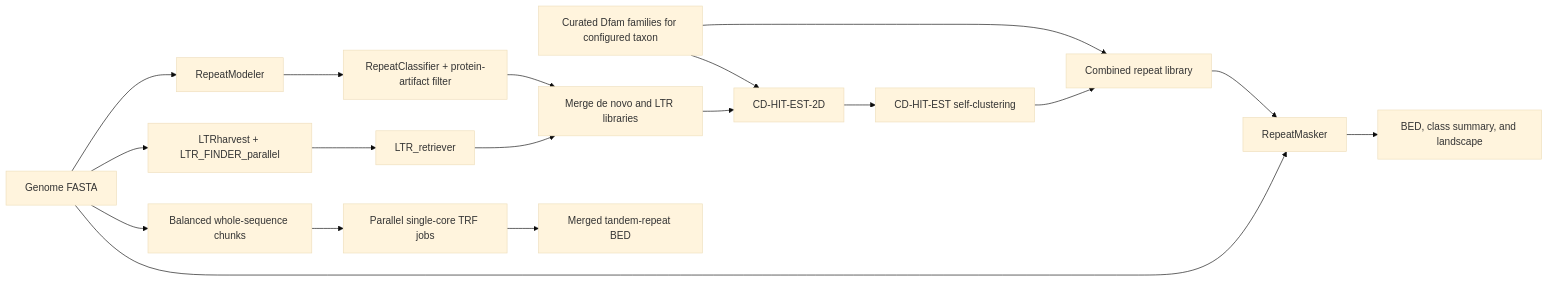
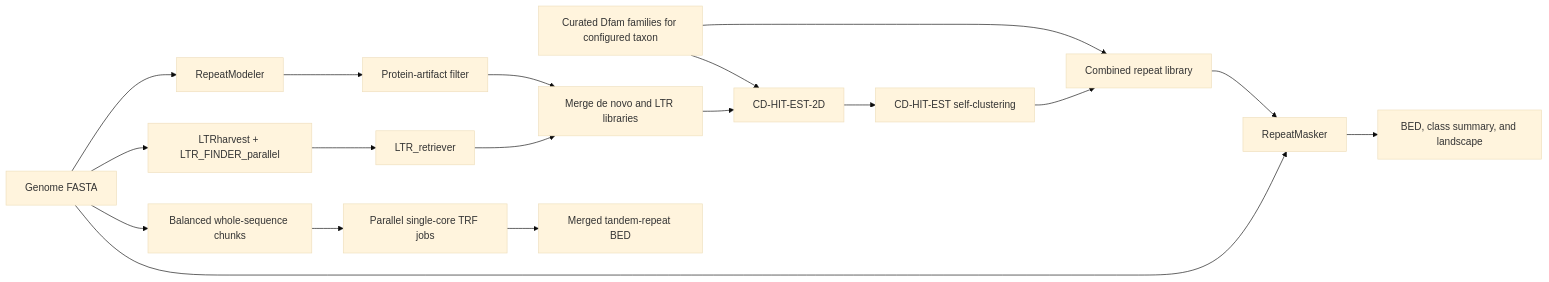
Before and after one commit to rsbiello/TE_annotation: the diagram in README.md, drawn with Mermaid (base theme). The commit also changed other lines of this file and 7 other files, not shown here.

````diff
--- a/README.md
+++ b/README.md
@@ -14,20 +14,20 @@
 ```mermaid
 flowchart LR
     G["Genome FASTA"] --> RM["RepeatModeler"]
     G --> LTR["LTRharvest + LTR_FINDER_parallel"]
     LTR --> RET["LTR_retriever"]
-    RM --> CF["RepeatClassifier + protein-artifact filter"]
+    RM --> CF["Protein-artifact filter"]
     D["Curated Dfam families for configured taxon"] --> C2["CD-HIT-EST-2D"]
     CF --> M["Merge de novo and LTR libraries"]
     RET --> M
     M --> C2
     C2 --> CS["CD-HIT-EST self-clustering"]
     D --> CL["Combined repeat library"]
     CS --> CL
     CL --> RMA["RepeatMasker"]
     G --> RMA
     RMA --> P["BED, class summary, and landscape"]
     G --> TS["Balanced whole-sequence chunks"]
     TS --> TJ["Parallel single-core TRF jobs"]
     TJ --> TG["Merged tandem-repeat BED"]
 ```
````
